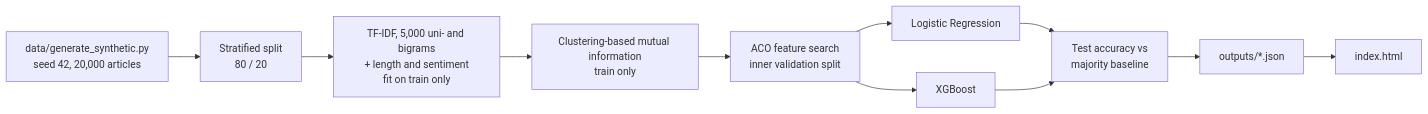
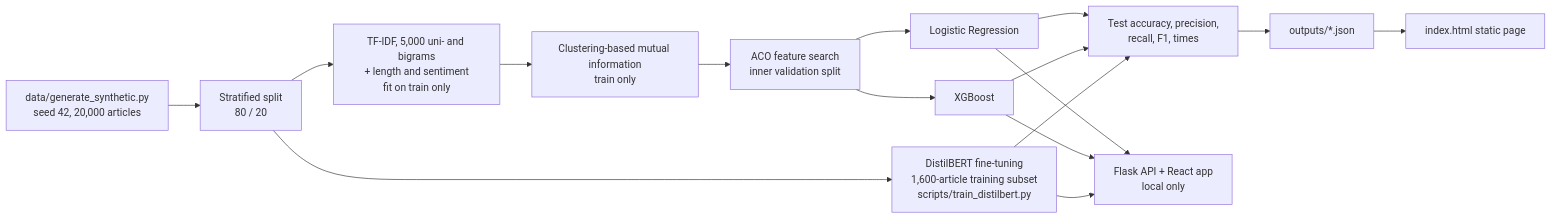
Before and after one commit to Janeferdinant/news: the diagram in README.md, drawn with Mermaid. The commit also changed other lines of this file and 4 other files, not shown here.

````diff
--- a/README.md
+++ b/README.md
@@ -32,13 +37,18 @@
 ```mermaid
 flowchart LR
     G[data/generate_synthetic.py<br/>seed 42, 20,000 articles] --> S[Stratified split<br/>80 / 20]
     S --> T[TF-IDF, 5,000 uni- and bigrams<br/>+ length and sentiment<br/>fit on train only]
     T --> M[Clustering-based mutual information<br/>train only]
     M --> A[ACO feature search<br/>inner validation split]
     A --> L[Logistic Regression]
     A --> X[XGBoost]
-    L --> E[Test accuracy vs<br/>majority baseline]
+    S --> D[DistilBERT fine-tuning<br/>1,600-article training subset<br/>scripts/train_distilbert.py]
+    L --> E[Test accuracy, precision,<br/>recall, F1, times]
     X --> E
+    D --> E
     E --> J[outputs/*.json]
-    J --> W[index.html]
+    J --> W[index.html static page]
+    L --> P[Flask API + React app<br/>local only]
+    X --> P
+    D --> P
 ```
````
